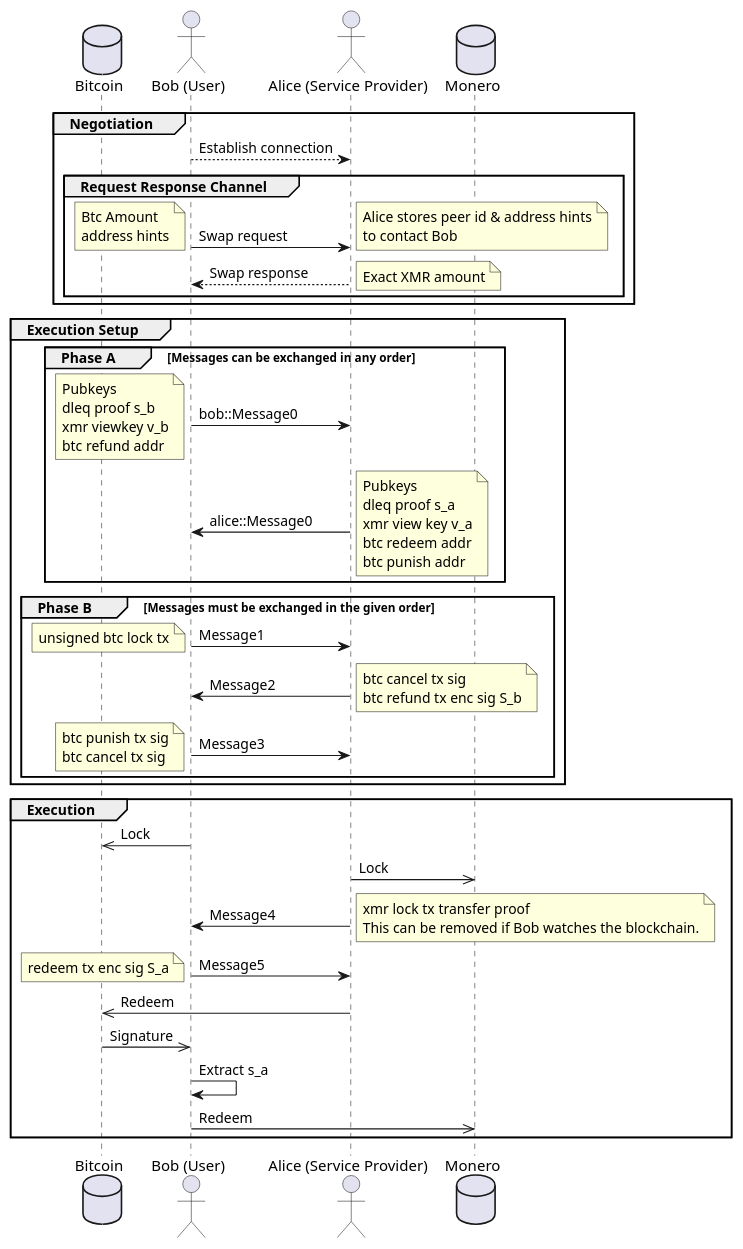
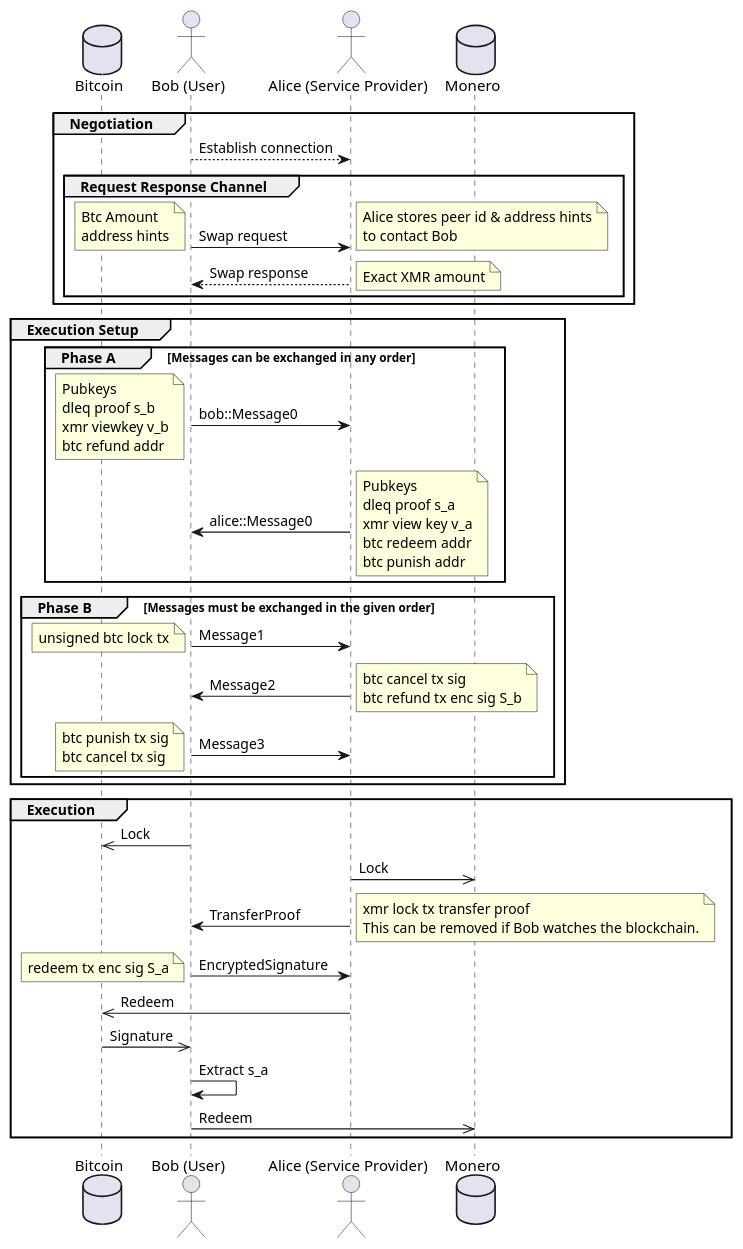
Before and after one commit to comit-network/xmr-btc-swap: the diagram in docs/sequence.puml, drawn with PlantUML. The commit also changed 13 other files, not shown here.

```diff
--- a/docs/sequence.puml
+++ b/docs/sequence.puml
@@ -1,64 +1,64 @@
 @startuml
 database Bitcoin
 actor Bob as "Bob (User)"
 Actor Alice as "Alice (Service Provider)"
 database Monero
 
 group Negotiation
 
     Bob --> Alice: Establish connection
 
     group Request Response Channel
         Bob -> Alice: Swap request
         note left: Btc Amount\naddress hints
         note right: Alice stores peer id & address hints\nto contact Bob
 
         Alice --> Bob: Swap response
         note right: Exact XMR amount
     end
 end
 
 group Execution Setup
     group Phase A [Messages can be exchanged in any order]
         Bob -> Alice: bob::Message0
         note left: Pubkeys\ndleq proof s_b\nxmr viewkey v_b\nbtc refund addr
 
         Alice -> Bob: alice::Message0
         note right: Pubkeys\ndleq proof s_a\nxmr view key v_a\nbtc redeem addr\nbtc punish addr
     end
 
     group Phase B [Messages must be exchanged in the given order]
 
         Bob -> Alice: Message1
         note left: unsigned btc lock tx
 
         Alice -> Bob: Message2
         note right: btc cancel tx sig\nbtc refund tx enc sig S_b
 
         Bob -> Alice: Message3
         note left: btc punish tx sig\nbtc cancel tx sig
 
     end
 end
 
 group Execution
     Bob ->> Bitcoin: Lock
 
     Alice ->> Monero: Lock
 
-    Alice -> Bob: Message4
+    Alice -> Bob: TransferProof
     note right: xmr lock tx transfer proof\nThis can be removed if Bob watches the blockchain.
 
-    Bob -> Alice: Message5
+    Bob -> Alice: EncryptedSignature
     note left: redeem tx enc sig S_a
 
     Alice ->> Bitcoin: Redeem
 
     Bitcoin ->> Bob: Signature
 
     Bob -> Bob: Extract s_a
 
     Bob ->> Monero: Redeem
 end
 
 @enduml
```
